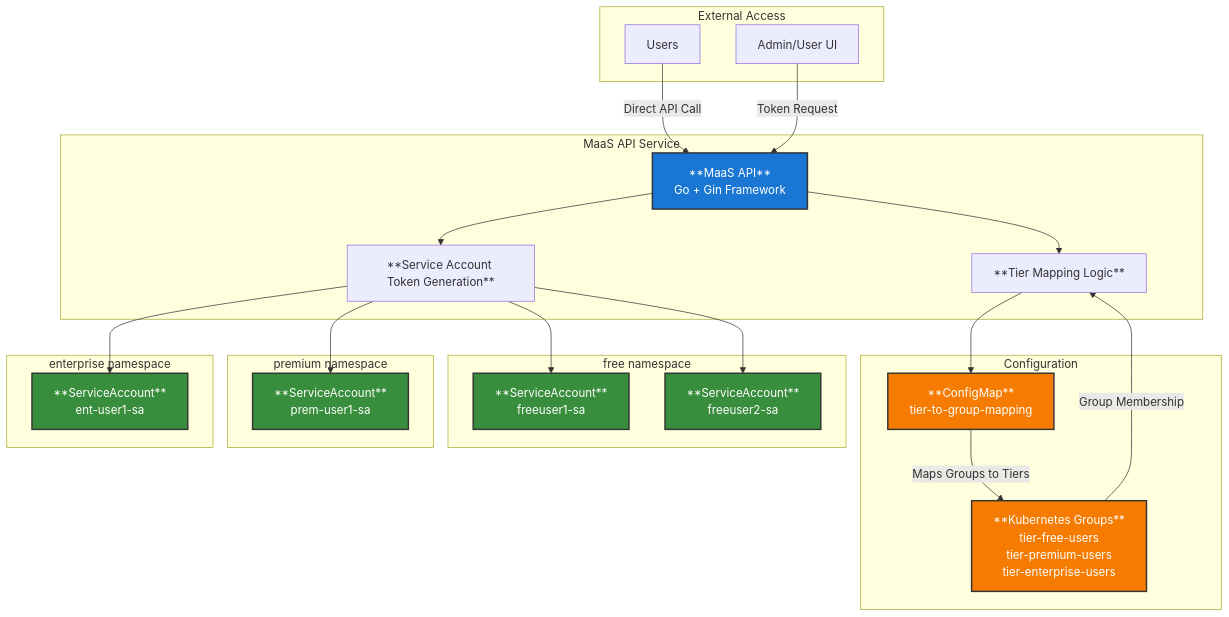
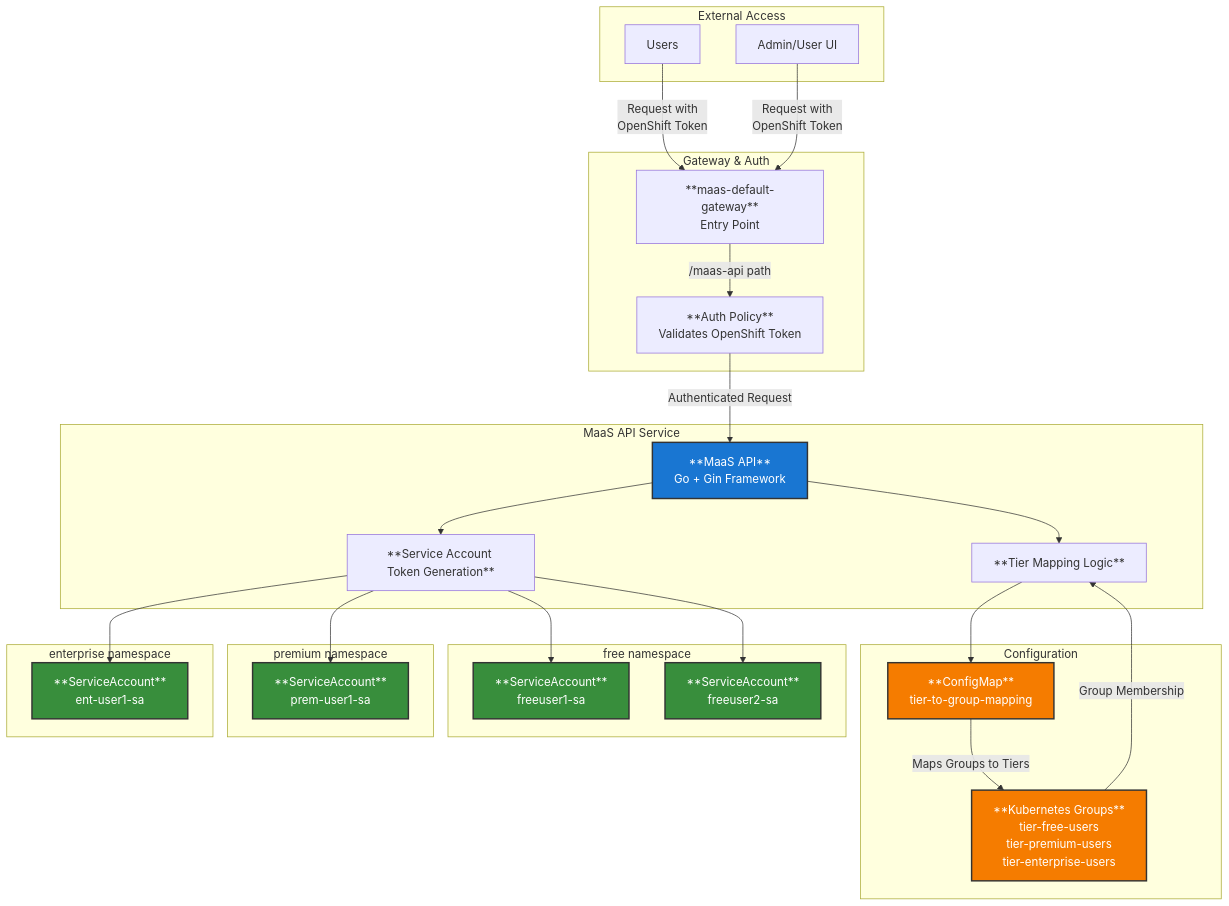
The second of 5 diagrams in docs/content/architecture.md (yossiovadia/maas-billing), drawn with Mermaid before and after one commit. The commit also changed other lines of this file and 19 other files, not shown here.

````diff
--- a/docs/content/architecture.md
+++ b/docs/content/architecture.md
@@ -61,54 +75,61 @@
 ```mermaid
 graph TB
     subgraph "External Access"
         User[Users]
         AdminUI[Admin/User UI]
+    end
+    
+    subgraph "Gateway & Auth"
+        Gateway[**maas-default-gateway**<br/>Entry Point]
+        AuthPolicy[**Auth Policy**<br/>Validates OpenShift Token]
     end
     
     subgraph "MaaS API Service"
         API[**MaaS API**<br/>Go + Gin Framework]
         TierMapping[**Tier Mapping Logic**]
         TokenGen[**Service Account Token Generation**]
     end
     
     subgraph "Configuration"
         ConfigMap[**ConfigMap**<br/>tier-to-group-mapping]
         K8sGroups[**Kubernetes Groups**<br/>tier-free-users<br/>tier-premium-users<br/>tier-enterprise-users]
     end
     
     subgraph "free namespace"
         FreeSA1[**ServiceAccount**<br/>freeuser1-sa]
         FreeSA2[**ServiceAccount**<br/>freeuser2-sa]
     end
     
     subgraph "premium namespace"
         PremiumSA1[**ServiceAccount**<br/>prem-user1-sa]
     end
     
     subgraph "enterprise namespace"
         EnterpriseSA1[**ServiceAccount**<br/>ent-user1-sa]
     end
     
-    User -->|Direct API Call| API
-    AdminUI -->|Token Request| API
+    User -->|"Request with<br/>OpenShift Token"| Gateway
+    AdminUI -->|"Request with<br/>OpenShift Token"| Gateway
+    Gateway -->|"/maas-api path"| AuthPolicy
+    AuthPolicy -->|"Authenticated Request"| API
     
     API --> TierMapping
     API --> TokenGen
     
     TierMapping --> ConfigMap
     ConfigMap -->|Maps Groups to Tiers| K8sGroups
     TokenGen --> FreeSA1
     TokenGen --> FreeSA2
     TokenGen --> PremiumSA1
     TokenGen --> EnterpriseSA1
     
     K8sGroups -->|Group Membership| TierMapping
     
     style API fill:#1976d2,stroke:#333,stroke-width:2px,color:#fff
     style ConfigMap fill:#f57c00,stroke:#333,stroke-width:2px,color:#fff
     style K8sGroups fill:#f57c00,stroke:#333,stroke-width:2px,color:#fff
     style FreeSA1 fill:#388e3c,stroke:#333,stroke-width:2px,color:#fff
     style FreeSA2 fill:#388e3c,stroke:#333,stroke-width:2px,color:#fff
     style PremiumSA1 fill:#388e3c,stroke:#333,stroke-width:2px,color:#fff
     style EnterpriseSA1 fill:#388e3c,stroke:#333,stroke-width:2px,color:#fff
 ```
````
